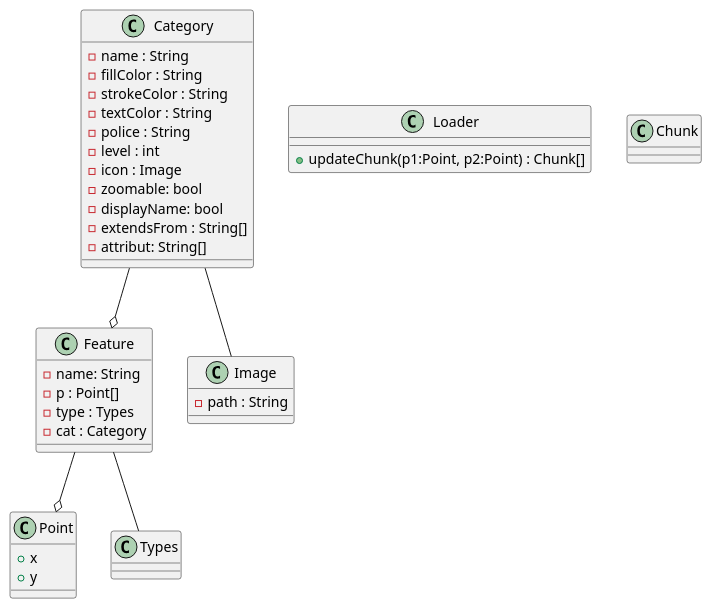
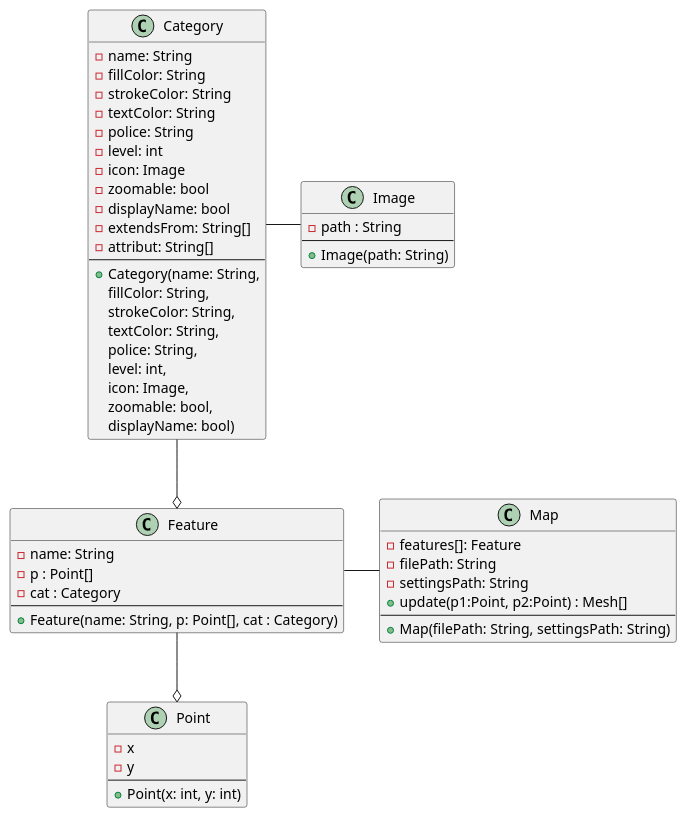
One commit to photonsquid/7map changed the diagram in doc/meetings/team-data/[21-04-04]/src/digram.plantuml. Above: the diagram before and after it, drawn with PlantUML. The commit also changed 3 other files, not shown here.

```diff
--- a/doc/meetings/team-data/[21-04-04]/src/digram.plantuml
+++ b/doc/meetings/team-data/[21-04-04]/src/digram.plantuml
@@ -1,46 +1,63 @@
 @startuml diagram
 
+class Map{
+   - features[]: Feature
+   - filePath: String
+   - settingsPath: String
+   + update(p1:Point, p2:Point) : Mesh[]
+   ---
+   + Map(filePath: String, settingsPath: String)
+}
+
 class Point{
-   + x
-   + y
+   - x
+   - y
+   ---
+   + Point(x: int, y: int)
 }
 
 class Feature{
    - name: String
    - p : Point[]
-   - type : Types
    - cat : Category
+   ---
+   + Feature(name: String, p: Point[], cat : Category)
 }
 
-class Loader{
-   + updateChunk(p1:Point, p2:Point) : Chunk[]
-}
-
-class Chunk{
-
-}
 
 class Category{
-   - name : String
-   - fillColor : String
-   - strokeColor : String
-   - textColor : String
-   - police : String
-   - level : int
-   - icon : Image
+   - name: String
+   - fillColor: String
+   - strokeColor: String
+   - textColor: String
+   - police: String
+   - level: int
+   - icon: Image
    - zoomable: bool
    - displayName: bool
-   - extendsFrom : String[]
+   - extendsFrom: String[]
    'pour le pathfinding
-   - attribut: String[] 
+   - attribut: String[]
+   ---
+   + Category(name: String,
+   fillColor: String,
+   strokeColor: String,
+   textColor: String,
+   police: String,
+   level: int,
+   icon: Image,
+   zoomable: bool,
+   displayName: bool)
 }
 class Image{
    - path : String
+   ---
+   + Image(path: String)
 }
 
 Feature --o Point
-Feature -- Types
-Category -- Image
+Feature - Map
+Category - Image
 Category --o Feature
 
 @enduml
```
